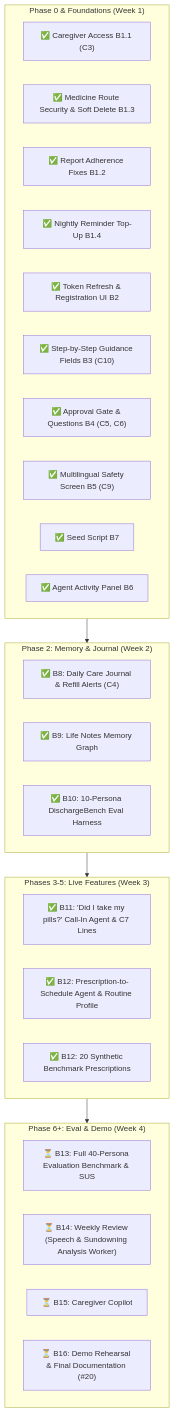
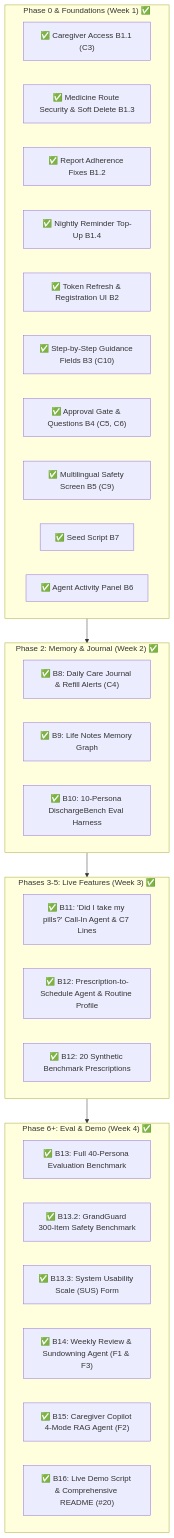
Before and after one commit to shravanidhus31/MedTime: the diagram in docs/OVERALL_PROJECT_STATUS.md, drawn with Mermaid. The commit also changed other lines of this file and 53 other files, not shown here.

Commit message:
B13 B14 B15 B16: 40-persona evaluation benchmark, GrandGuard 300-item safety rig, Weekly Review, Caregiver Copilot, Demo Script and README

````diff
--- a/docs/OVERALL_PROJECT_STATUS.md
+++ b/docs/OVERALL_PROJECT_STATUS.md
@@ -21,36 +22,38 @@
 ```mermaid
 flowchart TD
-    subgraph S1["Phase 0 & Foundations (Week 1)"]
+    subgraph S1["Phase 0 & Foundations (Week 1) ✅"]
         D1["✅ Caregiver Access B1.1 (C3)"]
         D2["✅ Medicine Route Security & Soft Delete B1.3"]
         D3["✅ Report Adherence Fixes B1.2"]
         D4["✅ Nightly Reminder Top-Up B1.4"]
         D5["✅ Token Refresh & Registration UI B2"]
         D6["✅ Step-by-Step Guidance Fields B3 (C10)"]
         D7["✅ Approval Gate & Questions B4 (C5, C6)"]
         D8["✅ Multilingual Safety Screen B5 (C9)"]
         D9["✅ Seed Script B7"]
         D10["✅ Agent Activity Panel B6"]
     end
 
-    subgraph S2["Phase 2: Memory & Journal (Week 2)"]
+    subgraph S2["Phase 2: Memory & Journal (Week 2) ✅"]
         B8["✅ B8: Daily Care Journal & Refill Alerts (C4)"]
         B9["✅ B9: Life Notes Memory Graph"]
         B10["✅ B10: 10-Persona DischargeBench Eval Harness"]
     end
 
-    subgraph S3["Phases 3-5: Live Features (Week 3)"]
+    subgraph S3["Phases 3-5: Live Features (Week 3) ✅"]
         B11["✅ B11: 'Did I take my pills?' Call-In Agent & C7 Lines"]
         B12["✅ B12: Prescription-to-Schedule Agent & Routine Profile"]
         B12U["✅ B12: 20 Synthetic Benchmark Prescriptions"]
     end
 
-    subgraph S4["Phase 6+: Eval & Demo (Week 4)"]
-        B13["⏳ B13: Full 40-Persona Evaluation Benchmark & SUS"]
-        B14["⏳ B14: Weekly Review (Speech & Sundowning Analysis Worker)"]
-        B15["⏳ B15: Caregiver Copilot"]
-        B16["⏳ B16: Demo Rehearsal & Final Documentation (#20)"]
+    subgraph S4["Phase 6+: Eval & Demo (Week 4) ✅"]
+        B13["✅ B13: Full 40-Persona Evaluation Benchmark"]
+        B13G["✅ B13.2: GrandGuard 300-Item Safety Benchmark"]
+        B13S["✅ B13.3: System Usability Scale (SUS) Form"]
+        B14["✅ B14: Weekly Review & Sundowning Agent (F1 & F3)"]
+        B15["✅ B15: Caregiver Copilot 4-Mode RAG Agent (F2)"]
+        B16["✅ B16: Live Demo Script & Comprehensive README (#20)"]
     end
 
     S1 --> S2 --> S3 --> S4
 ```
````
